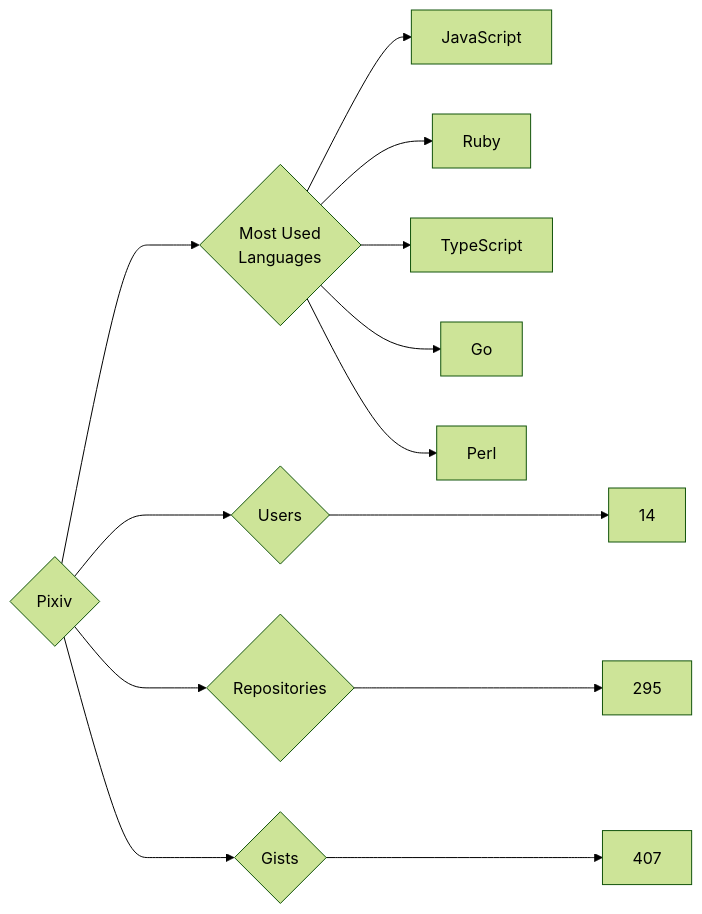
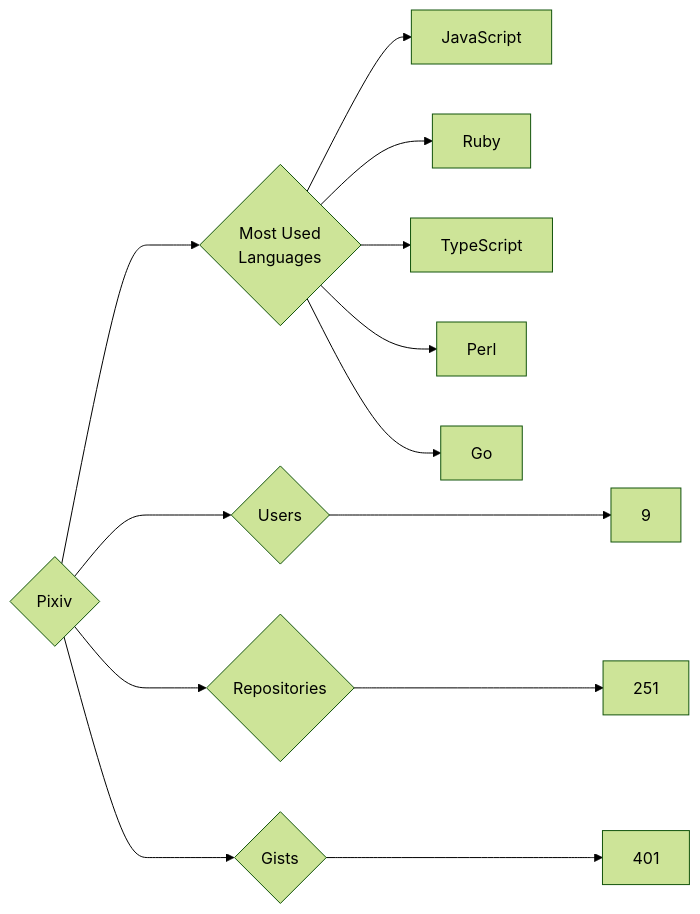
Before and after one commit to trickest/insiders: the diagram in targets/Pixiv/README.md, drawn with Mermaid (forest theme). The commit also changed 870 other files, not shown here.

````diff
--- a/targets/Pixiv/README.md
+++ b/targets/Pixiv/README.md
@@ -3,13 +3,13 @@
 ```mermaid
 graph LR
 COMPANY_NAME{Pixiv}
-COMPANY_NAME ---> U{Users} ---> UN[14]
-COMPANY_NAME ---> R{Repositories} ---> RN[295]
-COMPANY_NAME ---> G{Gists} ---> GN[407]
+COMPANY_NAME ---> U{Users} ---> UN[9]
+COMPANY_NAME ---> R{Repositories} ---> RN[251]
+COMPANY_NAME ---> G{Gists} ---> GN[401]
 COMPANY_NAME ---> ML{Most Used<br>Languages}
 ML --> JavaScript[JavaScript]
 ML --> Ruby[Ruby]
 ML --> TypeScript[TypeScript]
+ML --> Perl[Perl]
 ML --> Go[Go]
-ML --> Perl[Perl]
 ```
````
